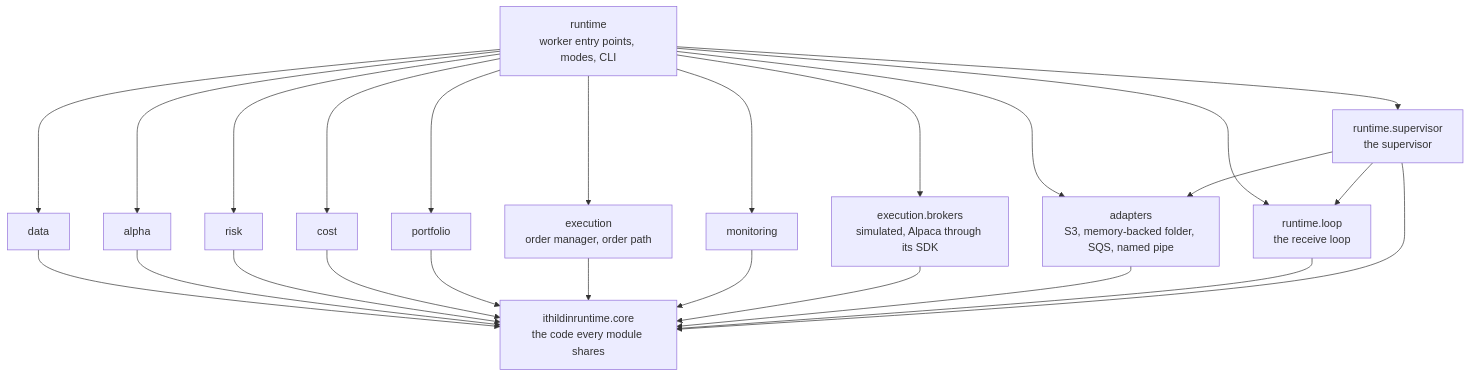
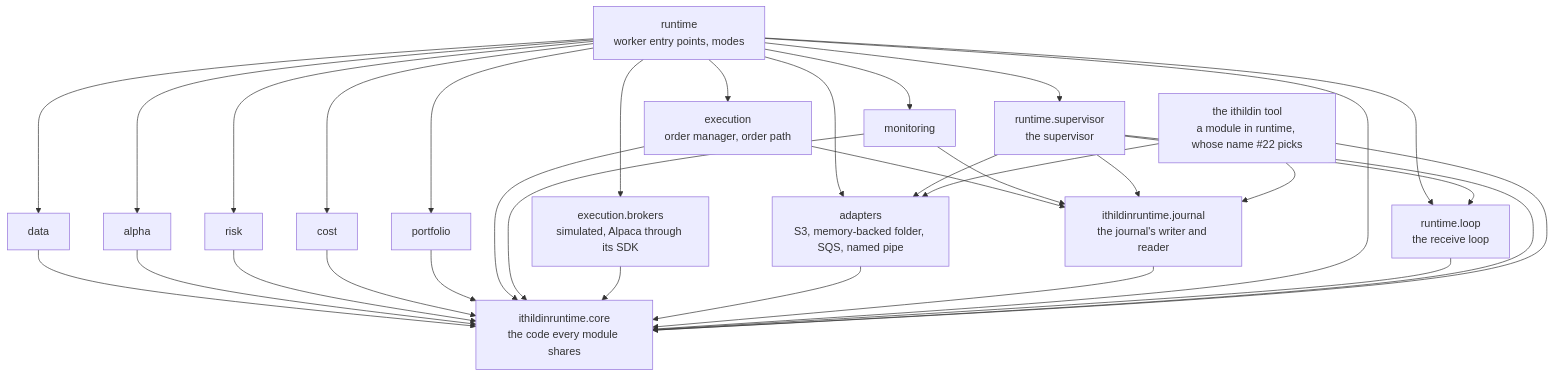
One commit to l3a0/ithildin-runtime changed the seventh of 7 diagrams in docs/architecture/05-building-blocks.md. Above: the diagram before and after it, drawn with Mermaid. The commit also changed other lines of this file and 8 other files, not shown here.

````diff
--- a/docs/architecture/05-building-blocks.md
+++ b/docs/architecture/05-building-blocks.md
@@ -948,41 +948,51 @@
 ```mermaid
 flowchart TB
     core["ithildinruntime.core<br/>the code every module shares"]
+    journal["ithildinruntime.journal<br/>the journal's writer and reader"]
     adapters["adapters<br/>S3, memory-backed folder, SQS, named pipe"]
     data["data"]
     alpha["alpha"]
     risk["risk"]
     cost["cost"]
     portfolio["portfolio"]
     execution["execution<br/>order manager, order path"]
     brokers["execution.brokers<br/>simulated, Alpaca through its SDK"]
     monitoring["monitoring"]
-    runtime["runtime<br/>worker entry points, modes, CLI"]
+    runtime["runtime<br/>worker entry points, modes"]
     loop["runtime.loop<br/>the receive loop"]
     supervisor["runtime.supervisor<br/>the supervisor"]
+    tool["the ithildin tool<br/>a module in runtime, whose name #22 picks"]
 
     data --> core
     alpha --> core
     risk --> core
     cost --> core
     portfolio --> core
     execution --> core
     monitoring --> core
     brokers --> core
     adapters --> core
+    journal --> core
+    execution --> journal
+    monitoring --> journal
+    runtime --> core
     runtime --> adapters
     runtime --> data
     runtime --> alpha
     runtime --> risk
     runtime --> cost
     runtime --> portfolio
     runtime --> execution
     runtime --> brokers
     runtime --> monitoring
     runtime --> loop
     runtime --> supervisor
     loop --> core
     supervisor --> core
+    supervisor --> journal
     supervisor --> adapters
     supervisor --> loop
+    tool --> core
+    tool --> adapters
+    tool --> journal
 ```
````
